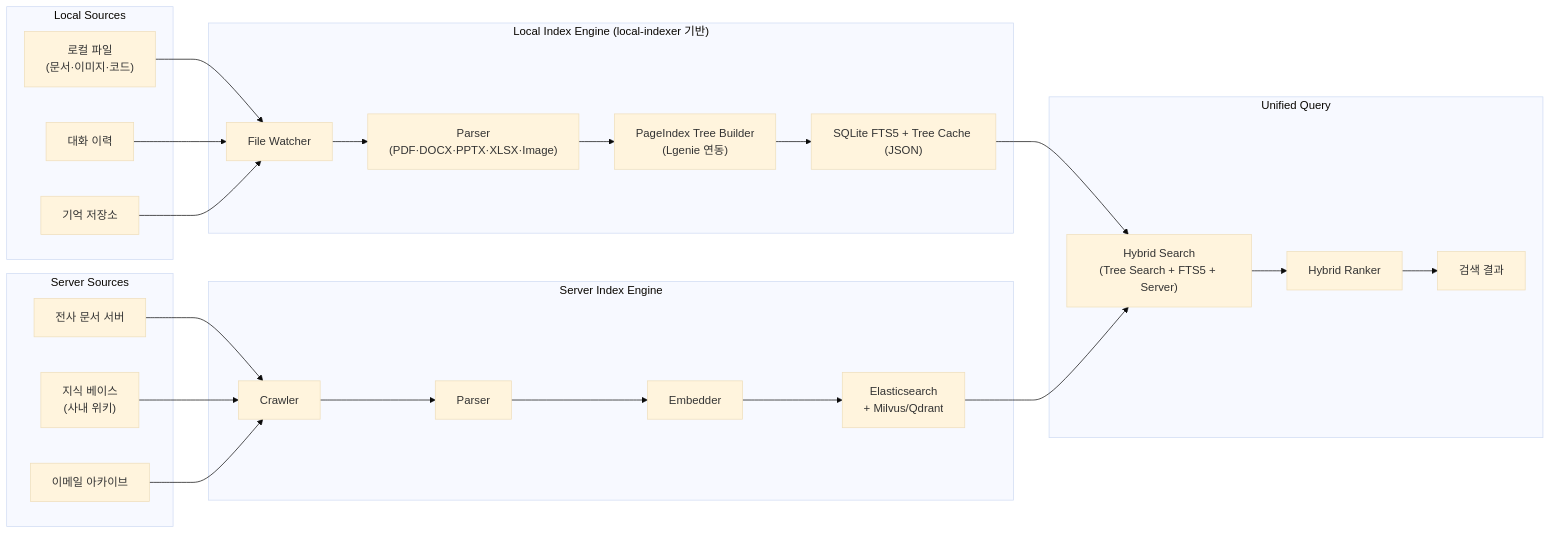
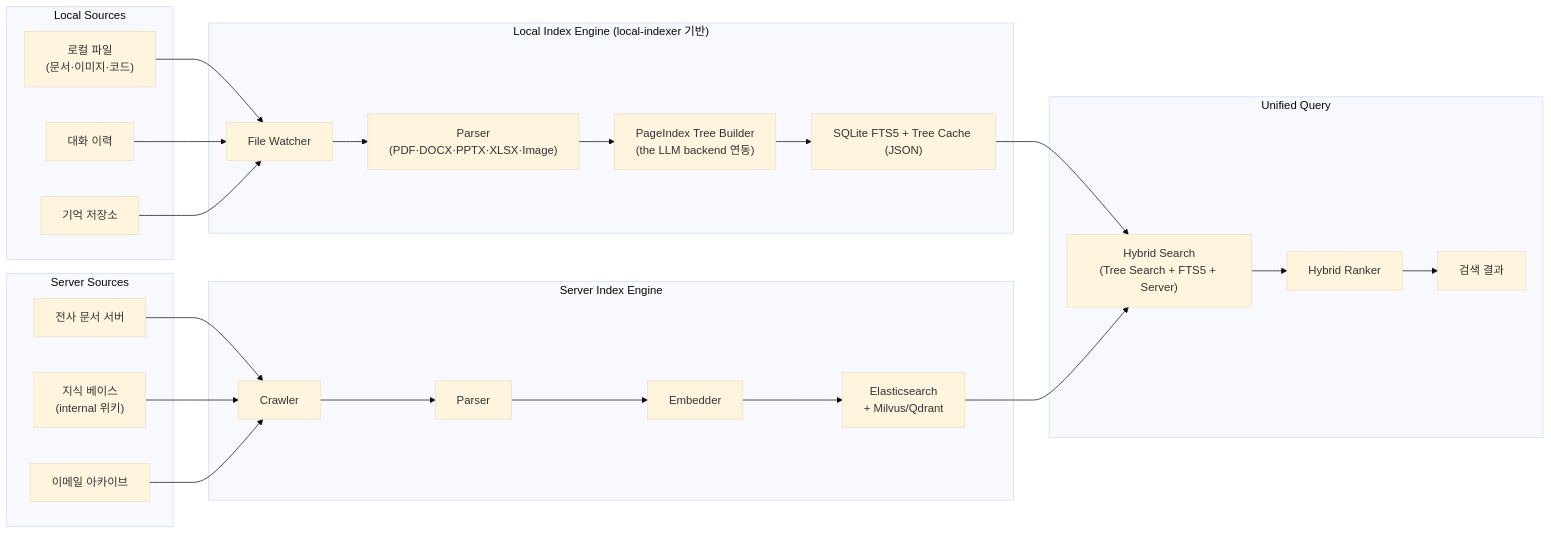
One commit to lvis-project/lvis-app changed diagram 41 of 44 in docs/architecture/architecture.md. Above: the diagram before and after it, drawn with Mermaid (base theme). The commit also changed other lines of this file and 89 other files, not shown here.

````diff
--- a/docs/architecture/architecture.md
+++ b/docs/architecture/architecture.md
@@ -3566,48 +3566,48 @@
 ```mermaid
 flowchart LR
     subgraph "Local Sources"
         L1["로컬 파일<br/>(문서·이미지·코드)"]
         L2["대화 이력"]
         L3["기억 저장소"]
     end
 
     subgraph "Server Sources"
         S1["전사 문서 서버"]
-        S2["지식 베이스<br/>(사내 위키)"]
+        S2["지식 베이스<br/>(internal 위키)"]
         S3["이메일 아카이브"]
     end
 
     subgraph "Local Index Engine (local-indexer 기반)"
         L_WATCH["File Watcher"]
         L_PARSE["Parser<br/>(PDF·DOCX·PPTX·XLSX·Image)"]
-        L_TREE["PageIndex Tree Builder<br/>(Lgenie 연동)"]
+        L_TREE["PageIndex Tree Builder<br/>(the LLM backend 연동)"]
         L_STORE["SQLite FTS5 + Tree Cache (JSON)"]
     end
 
     subgraph "Server Index Engine"
         S_CRAWL["Crawler"]
         S_PARSE["Parser"]
         S_EMBED["Embedder"]
         S_STORE["Elasticsearch<br/>+ Milvus/Qdrant"]
     end
 
     subgraph "Unified Query"
         HYBRID["Hybrid Search<br/>(Tree Search + FTS5 + Server)"]
         RANKER["Hybrid Ranker"]
         RESULT["검색 결과"]
     end
 
     L1 --> L_WATCH
     L2 --> L_WATCH
     L3 --> L_WATCH
     L_WATCH --> L_PARSE --> L_TREE --> L_STORE
 
     S1 --> S_CRAWL
     S2 --> S_CRAWL
     S3 --> S_CRAWL
     S_CRAWL --> S_PARSE --> S_EMBED --> S_STORE
 
     L_STORE --> HYBRID
     S_STORE --> HYBRID
     HYBRID --> RANKER --> RESULT
 ```
````
